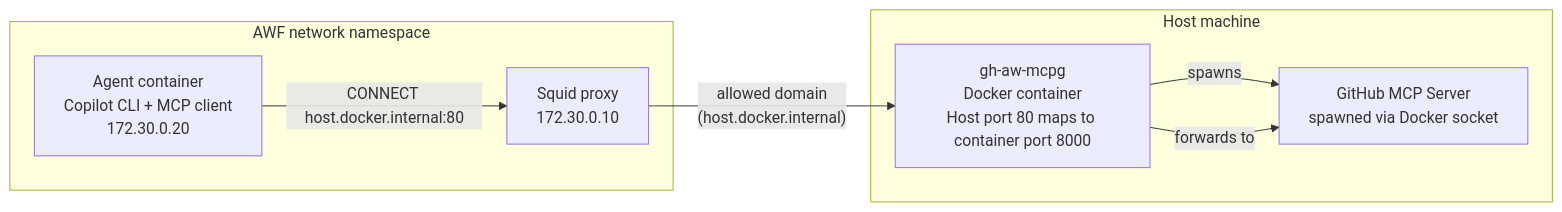
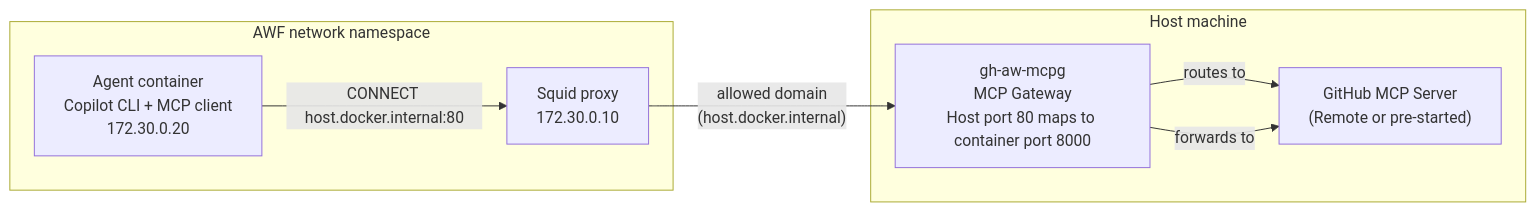
Before and after one commit to githubnext/gh-aw: the fourth of 11 diagrams in docs/src/content/docs/introduction/architecture.mdx, drawn with Mermaid. The commit also changed other lines of this file and 6 other files, not shown here.

````diff
--- a/docs/src/content/docs/introduction/architecture.mdx
+++ b/docs/src/content/docs/introduction/architecture.mdx
@@ -192,17 +196,17 @@
 ```mermaid
 flowchart LR
     subgraph Host["Host machine"]
-        GATEWAY["gh-aw-mcpg\nDocker container\nHost port 80 maps to container port 8000"]
-        GH_MCP["GitHub MCP Server\nspawned via Docker socket"]
-        GATEWAY -->|"spawns"| GH_MCP
+        GATEWAY["gh-aw-mcpg\nMCP Gateway\nHost port 80 maps to container port 8000"]
+        GH_MCP["GitHub MCP Server\n(Remote or pre-started)"]
+        GATEWAY -->|"routes to"| GH_MCP
     end
 
     subgraph AWFNet["AWF network namespace"]
         AGENT["Agent container\nCopilot CLI + MCP client\n172.30.0.20"]
         PROXY["Squid proxy\n172.30.0.10"]
     end
 
     AGENT -->|"CONNECT host.docker.internal:80"| PROXY
     PROXY -->|"allowed domain\n(host.docker.internal)"| GATEWAY
     GATEWAY -->|"forwards to"| GH_MCP
 ```
````
